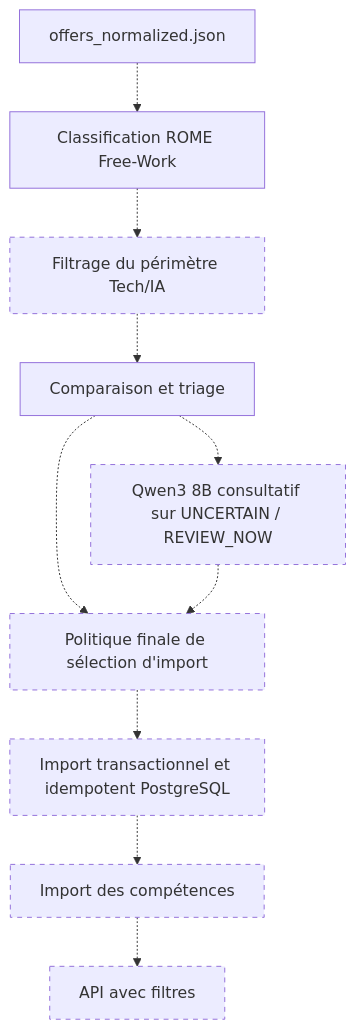
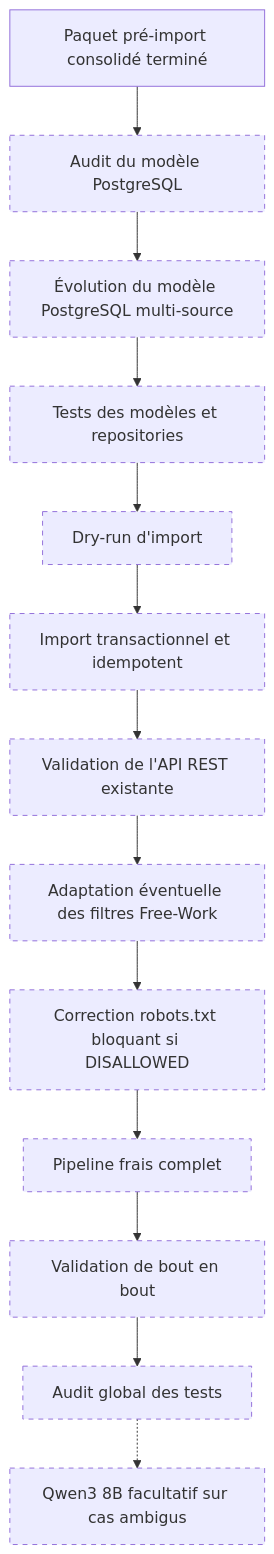
One commit to cmoileboss/observia-emploi changed the fourth of 5 diagrams in README.md. Above: the diagram before and after it, drawn with Mermaid. The commit also changed other lines of this file, not shown here.

Commit message:
docs: update README with detailed Free-Work pipeline documentation and validation results

````diff
--- a/README.md
+++ b/README.md
@@ -102,15 +255,18 @@
 ```mermaid
 flowchart TD
-    Norm[offers_normalized.json] -.-> RomeFW[Classification ROME Free-Work]
-    RomeFW -.-> Scope[Filtrage du périmètre Tech/IA]
-    Scope -.-> Compare[Comparaison et triage]
-    Compare -.-> LLM[Qwen3 8B consultatif sur UNCERTAIN / REVIEW_NOW]
-    Compare -.-> Policy[Politique finale de sélection d'import]
-    LLM -.-> Policy
-    Policy -.-> Import[Import transactionnel et idempotent PostgreSQL]
-    Import -.-> Skills[Import des compétences]
-    Skills -.-> APIFuture[API avec filtres]
+    Done[Paquet pré-import consolidé terminé] --> Audit[Audit du modèle PostgreSQL]
+    Audit --> Model[Évolution du modèle PostgreSQL multi-source]
+    Model --> RepoTests[Tests des modèles et repositories]
+    RepoTests --> DryRun[Dry-run d'import]
+    DryRun --> Import[Import transactionnel et idempotent]
+    Import --> ApiValidation[Validation de l'API REST existante]
+    ApiValidation --> ApiFilters[Adaptation éventuelle des filtres Free-Work]
+    ApiFilters --> Robots[Correction robots.txt bloquant si DISALLOWED]
+    Robots --> Fresh[Pipeline frais complet]
+    Fresh --> E2E[Validation de bout en bout]
+    E2E --> TestAudit[Audit global des tests]
+    TestAudit -.-> LLM[Qwen3 8B facultatif sur cas ambigus]
 
     classDef future stroke-dasharray: 5 5;
-    class Scope,Policy,Import,Skills,APIFuture,LLM future;
+    class Audit,Model,RepoTests,DryRun,Import,ApiValidation,ApiFilters,Robots,Fresh,E2E,TestAudit,LLM future;
 ```
````
